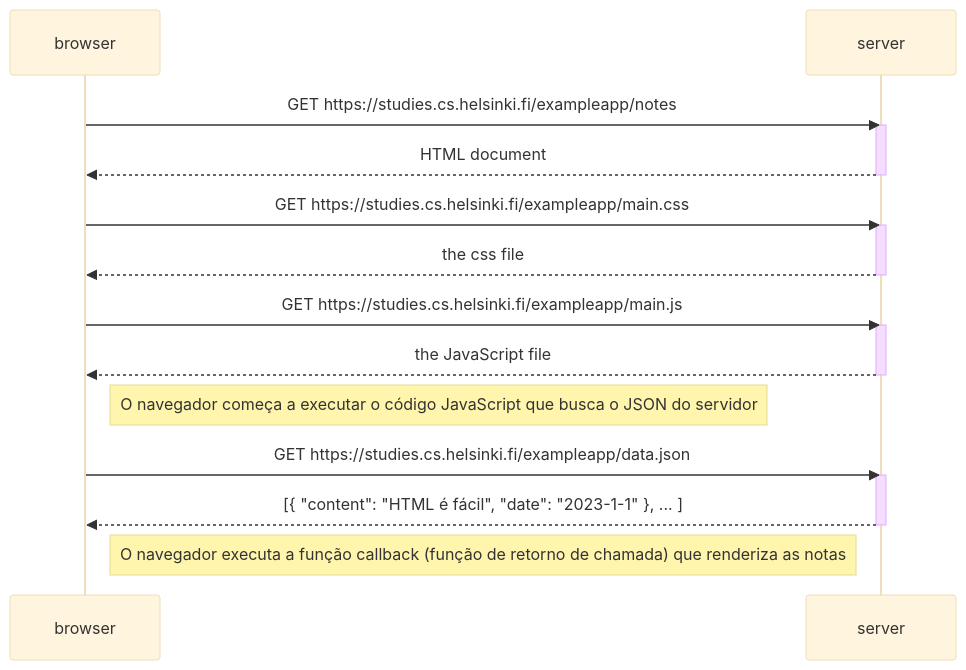
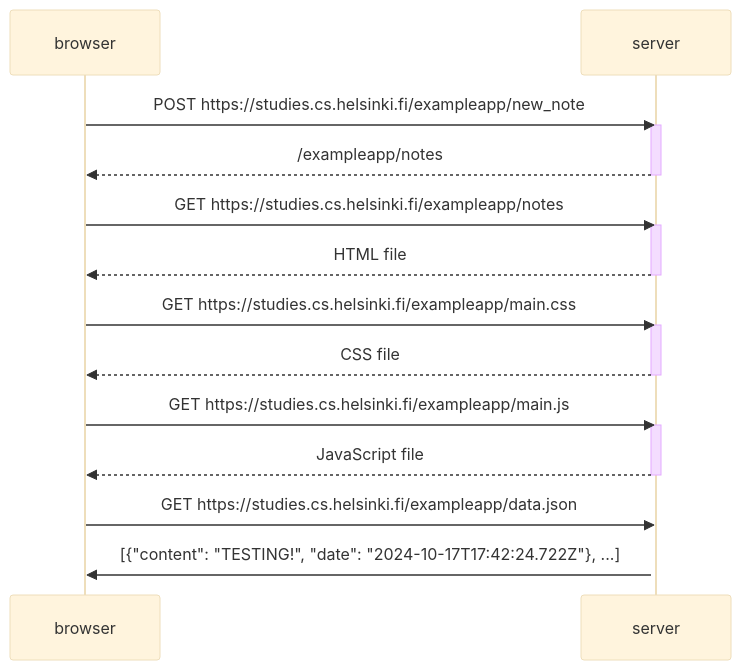
One commit to fesper-s/fullstackopen changed the diagram in part0/0.4_new_note.md. Above: the diagram before and after it, drawn with Mermaid (base theme).

Commit message:
updated: part0/0.4_new_note.md

````diff
--- a/part0/0.4_new_note.md
+++ b/part0/0.4_new_note.md
@@ -1,29 +1,29 @@
 ```mermaid
 sequenceDiagram
     participant browser
     participant server
 
+    browser->>server: POST https://studies.cs.helsinki.fi/exampleapp/new_note
+    activate server
+    server-->>browser: /exampleapp/notes
+    deactivate server
+
     browser->>server: GET https://studies.cs.helsinki.fi/exampleapp/notes
     activate server
-    server-->>browser: HTML document
+    server-->>browser: HTML file
     deactivate server
 
     browser->>server: GET https://studies.cs.helsinki.fi/exampleapp/main.css
     activate server
-    server-->>browser: the css file
+    server-->>browser: CSS file
     deactivate server
 
     browser->>server: GET https://studies.cs.helsinki.fi/exampleapp/main.js
     activate server
-    server-->>browser: the JavaScript file
+    server-->>browser: JavaScript file
     deactivate server
-
-    Note right of browser: O navegador começa a executar o código JavaScript que busca o JSON do servidor
 
     browser->>server: GET https://studies.cs.helsinki.fi/exampleapp/data.json
     activate server
-    server-->>browser: [{ "content": "HTML é fácil", "date": "2023-1-1" }, ... ]
-    deactivate server
-
-    Note right of browser: O navegador executa a função callback (função de retorno de chamada) que renderiza as notas
+    server->>browser: [{"content": "TESTING!", "date": "2024-10-17T17:42:24.722Z"}, ...]
 ```
````
